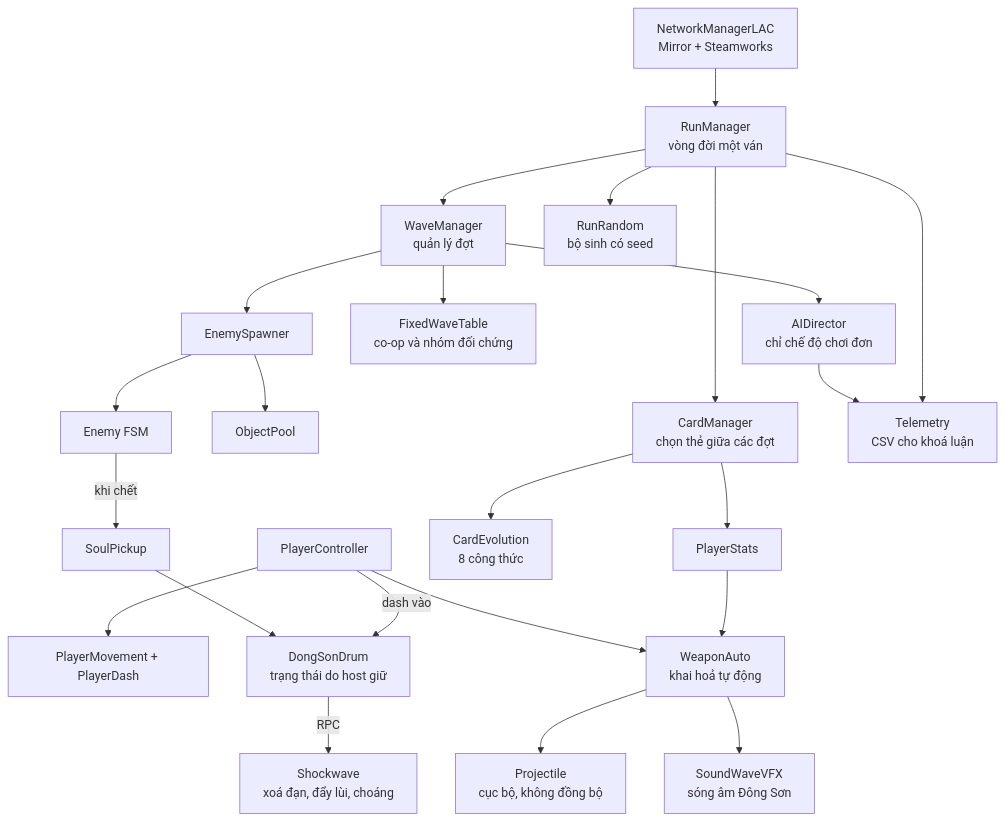
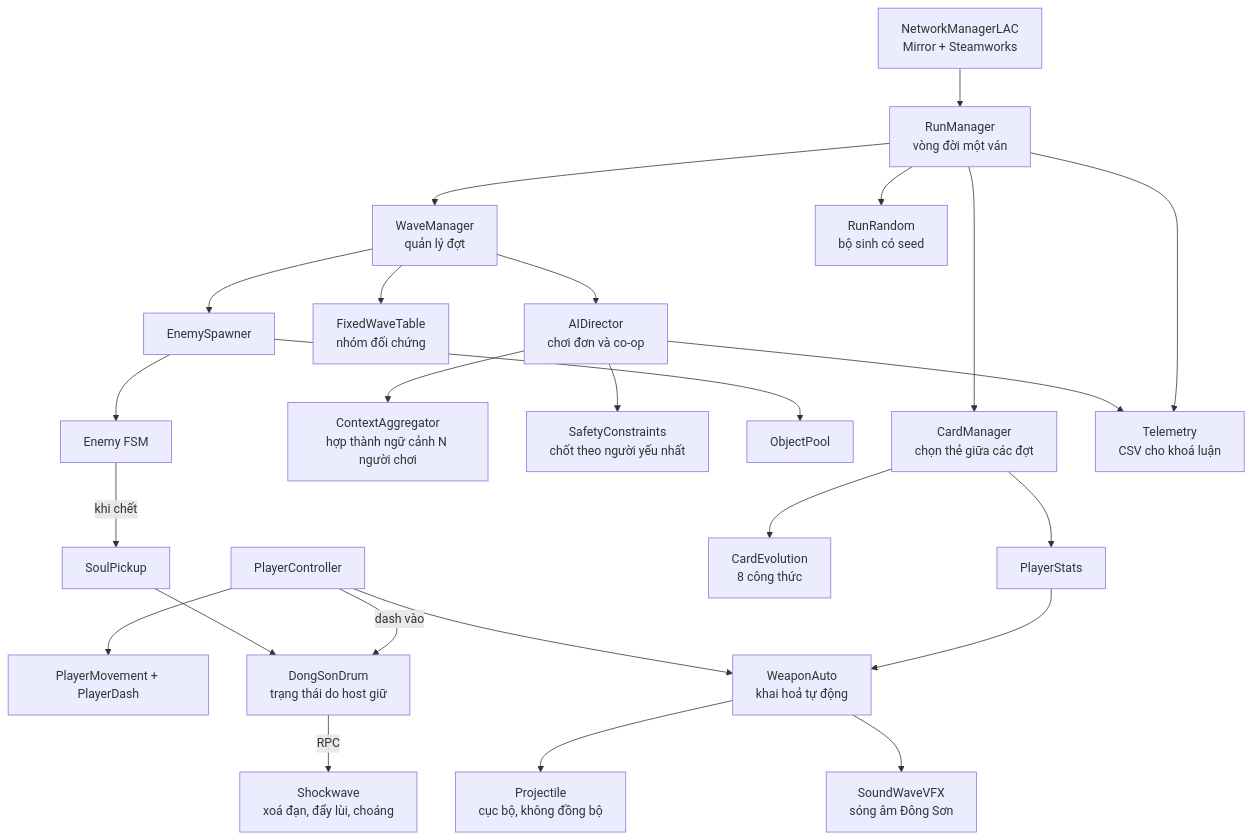
The diagram in docs/ARCHITECTURE.md (HyKiet/LAC), drawn with Mermaid before and after one commit. The commit also changed other lines of this file and 2 other files, not shown here.

````diff
--- a/docs/ARCHITECTURE.md
+++ b/docs/ARCHITECTURE.md
@@ -11,31 +11,33 @@
 ```mermaid
 graph TD
     NM[NetworkManagerLAC<br/>Mirror + Steamworks] --> RM[RunManager<br/>vòng đời một ván]
     RM --> WM[WaveManager<br/>quản lý đợt]
     RM --> CM[CardManager<br/>chọn thẻ giữa các đợt]
     RM --> RNG[RunRandom<br/>bộ sinh có seed]
 
-    WM --> DIR[AIDirector<br/>chỉ chế độ chơi đơn]
-    WM --> FIX[FixedWaveTable<br/>co-op và nhóm đối chứng]
+    WM --> DIR[AIDirector<br/>chơi đơn và co-op]
+    WM --> FIX[FixedWaveTable<br/>nhóm đối chứng]
+    DIR --> AGG[ContextAggregator<br/>hợp thành ngữ cảnh N người chơi]
+    DIR --> SAFE[SafetyConstraints<br/>chốt theo người yếu nhất]
     WM --> SPW[EnemySpawner]
 
     SPW --> POOL[ObjectPool]
     SPW --> ENE[Enemy FSM]
 
     PC[PlayerController] --> MOV[PlayerMovement + PlayerDash]
     PC --> WEAP[WeaponAuto<br/>khai hoả tự động]
     WEAP --> PROJ[Projectile<br/>cục bộ, không đồng bộ]
     WEAP --> SFX[SoundWaveVFX<br/>sóng âm Đông Sơn]
 
     ENE -->|khi chết| SOUL[SoulPickup]
     SOUL --> DRUM[DongSonDrum<br/>trạng thái do host giữ]
     PC -->|dash vào| DRUM
     DRUM -->|RPC| SHOCK[Shockwave<br/>xoá đạn, đẩy lùi, choáng]
 
     CM --> EVO[CardEvolution<br/>8 công thức]
     CM --> STATS[PlayerStats]
     STATS --> WEAP
 
     DIR --> TEL[Telemetry<br/>CSV cho khoá luận]
     RM --> TEL
 ```
````
